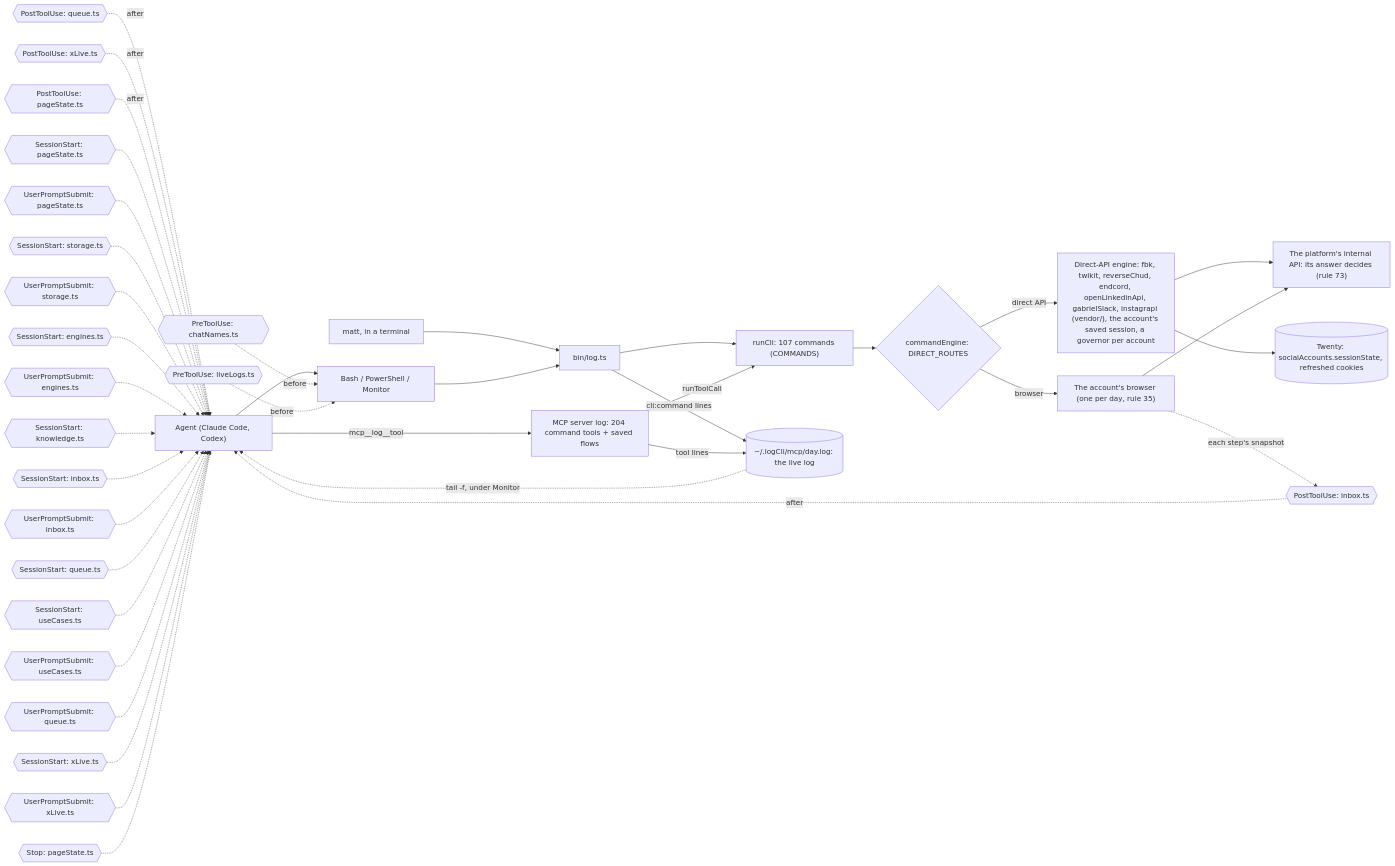
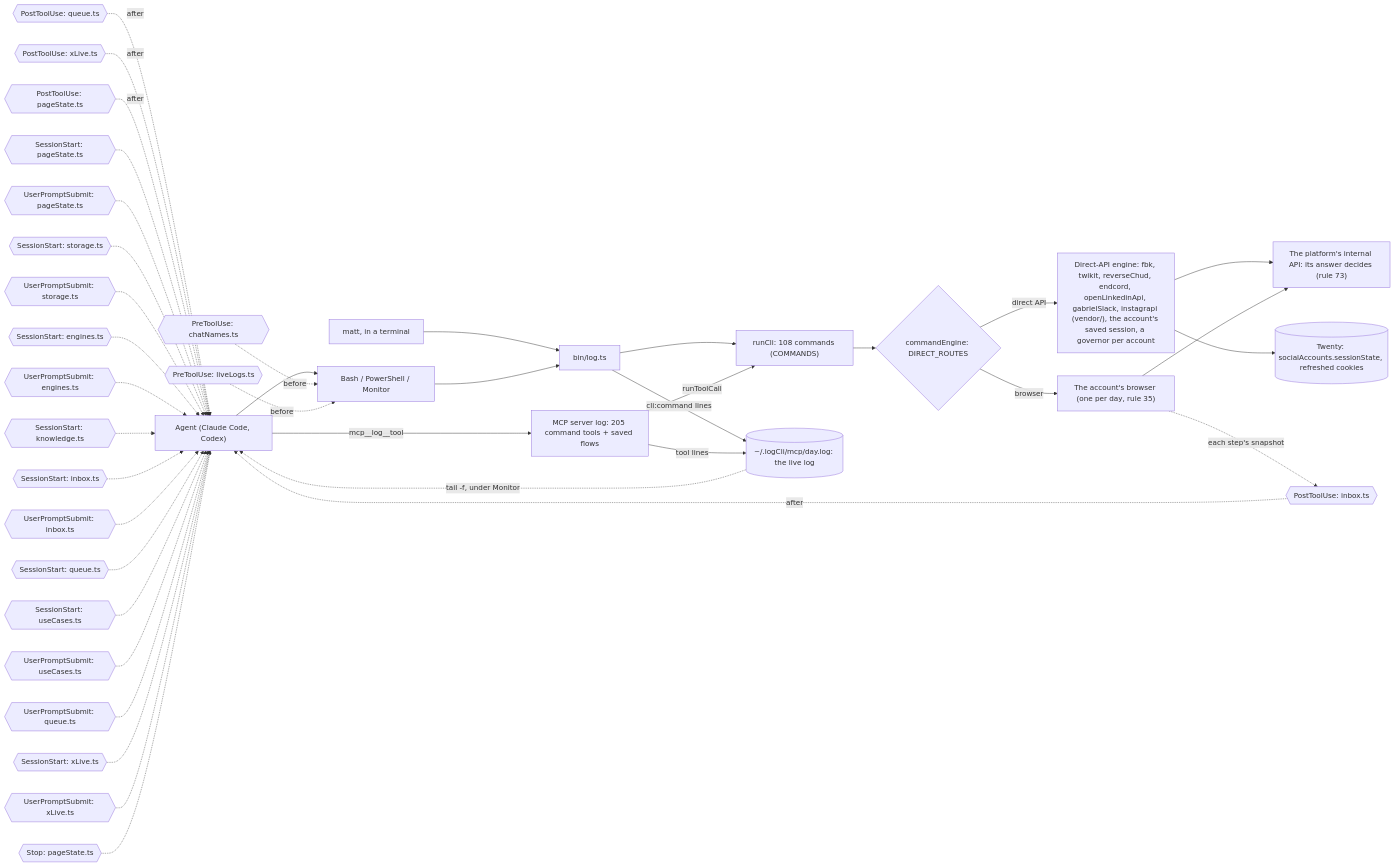
One commit to matthewdonsemail-lab/log changed the third of 6 diagrams in docs/reference.md. Above: the diagram before and after it, drawn with Mermaid. The commit also changed other lines of this file and 30 other files, not shown here.

````diff
--- a/docs/reference.md
+++ b/docs/reference.md
@@ -195,53 +195,53 @@
 ```mermaid
 flowchart LR
   agent["Agent (Claude Code, Codex)"]
   matt["matt, in a terminal"]
   shell["Bash / PowerShell / Monitor"]
-  mcp["MCP server log: 204 command tools + saved flows"]
+  mcp["MCP server log: 205 command tools + saved flows"]
   bin["bin/log.ts"]
-  runCli["runCli: 107 commands (COMMANDS)"]
+  runCli["runCli: 108 commands (COMMANDS)"]
   live[("~/.logCli/mcp/day.log: the live log")]
   engine{"commandEngine: DIRECT_ROUTES"}
   direct["Direct-API engine: fbk, twikit, reverseChud, endcord, openLinkedinApi, gabrielSlack, instagrapi (vendor/), the account's saved session, a governor per account"]
   browser["The account's browser (one per day, rule 35)"]
   api["The platform's internal API: its answer decides (rule 73)"]
   twenty[("Twenty: socialAccounts.sessionState, refreshed cookies")]
   agent --> shell
   matt --> bin
   shell --> bin
   agent -->|mcp__log__tool| mcp
   bin --> runCli
   mcp -->|runToolCall| runCli
   runCli --> engine
   engine -->|direct API| direct
   engine -->|browser| browser
   direct --> api
   browser --> api
   direct --> twenty
   bin -->|cli:command lines| live
   mcp -->|tool lines| live
   live -.->|tail -f, under Monitor| agent
   pre0{{"PreToolUse: chatNames.ts"}} -.->|before| shell
   pre1{{"PreToolUse: liveLogs.ts"}} -.->|before| shell
   post0{{"PostToolUse: inbox.ts"}} -.->|after| agent
   post1{{"PostToolUse: queue.ts"}} -.->|after| agent
   post2{{"PostToolUse: xLive.ts"}} -.->|after| agent
   post3{{"PostToolUse: pageState.ts"}} -.->|after| agent
   turn0{{"SessionStart: pageState.ts"}} -.-> agent
   turn1{{"UserPromptSubmit: pageState.ts"}} -.-> agent
   turn2{{"SessionStart: storage.ts"}} -.-> agent
   turn3{{"UserPromptSubmit: storage.ts"}} -.-> agent
   turn4{{"SessionStart: engines.ts"}} -.-> agent
   turn5{{"UserPromptSubmit: engines.ts"}} -.-> agent
   turn6{{"SessionStart: knowledge.ts"}} -.-> agent
   turn7{{"SessionStart: inbox.ts"}} -.-> agent
   turn8{{"UserPromptSubmit: inbox.ts"}} -.-> agent
   turn9{{"SessionStart: queue.ts"}} -.-> agent
   turn10{{"SessionStart: useCases.ts"}} -.-> agent
   turn11{{"UserPromptSubmit: useCases.ts"}} -.-> agent
   turn12{{"UserPromptSubmit: queue.ts"}} -.-> agent
   turn13{{"SessionStart: xLive.ts"}} -.-> agent
   turn14{{"UserPromptSubmit: xLive.ts"}} -.-> agent
   turn15{{"Stop: pageState.ts"}} -.-> agent
   browser -.->|each step's snapshot| post0
 ```
````
